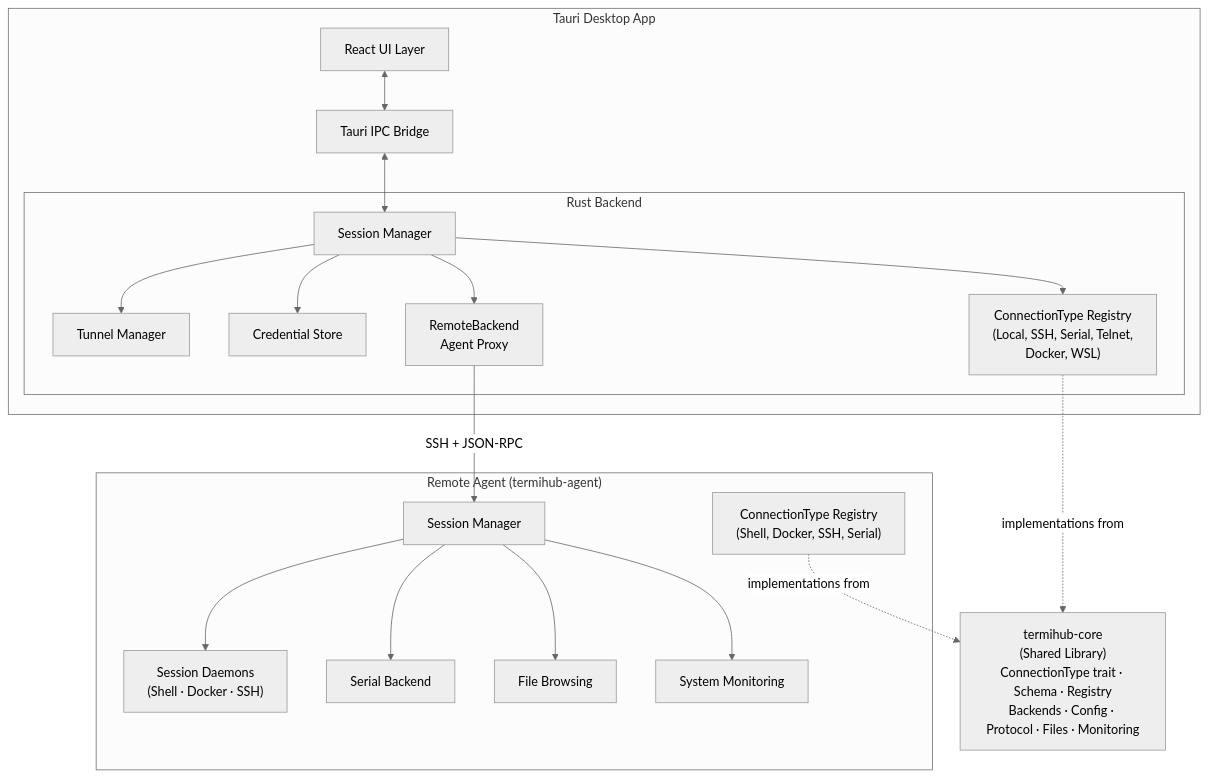
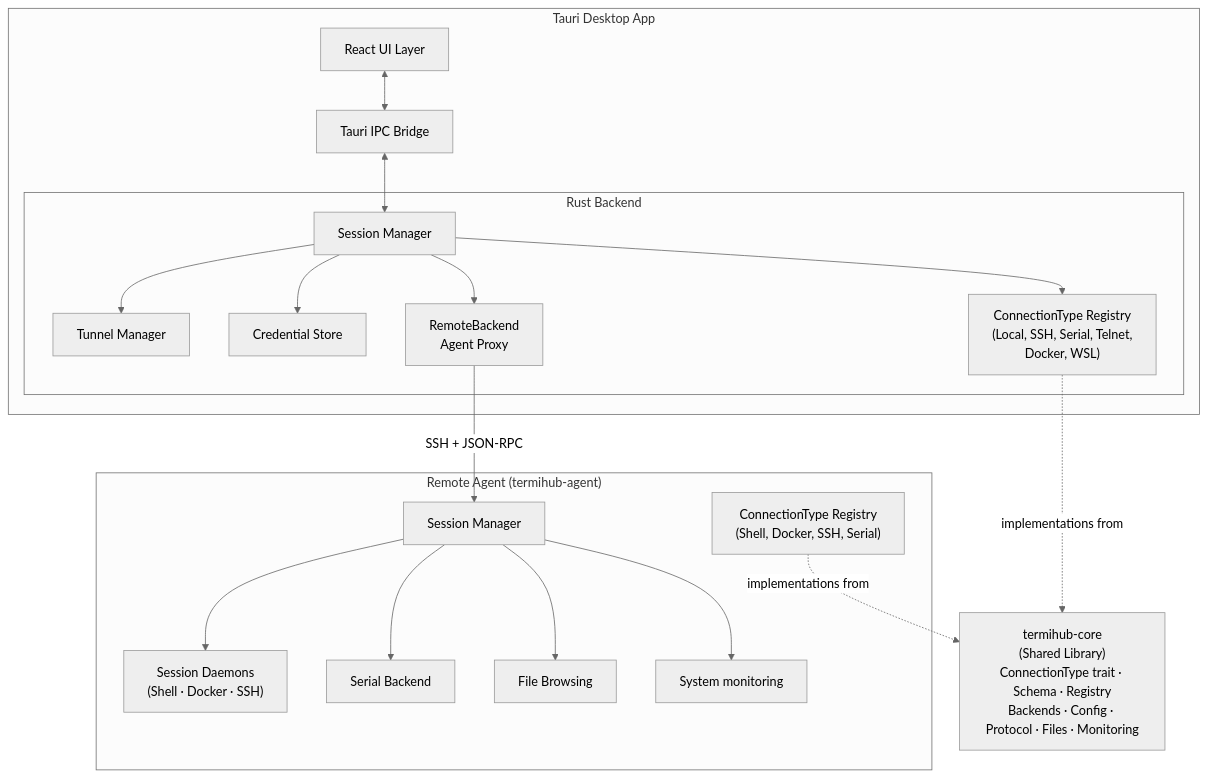
The third of 39 diagrams in docs/architecture.md (armaxri/termiHub), drawn with Mermaid (neutral theme) before and after one commit. The commit also changed other lines of this file and 7 other files, not shown here.

````diff
--- a/docs/architecture.md
+++ b/docs/architecture.md
@@ -209,38 +209,38 @@
 ```mermaid
 graph TB
     subgraph "Tauri Desktop App"
         UI[React UI Layer]
         IPC[Tauri IPC Bridge]
 
         subgraph "Rust Backend"
             SM_D[Session Manager]
             TUNNEL[Tunnel Manager]
             CRED[Credential Store]
             REG_D["ConnectionType Registry<br/>(Local, SSH, Serial, Telnet,<br/>Docker, WSL)"]
             RB[RemoteBackend<br/>Agent Proxy]
         end
     end
 
     CORE["termihub-core<br/>(Shared Library)<br/>ConnectionType trait · Schema · Registry<br/>Backends · Config · Protocol · Files · Monitoring"]
 
     subgraph "Remote Agent (termihub-agent)"
         SM_A[Session Manager]
         REG_A["ConnectionType Registry<br/>(Shell, Docker, SSH, Serial)"]
         SM_A --> DAEMONS["Session Daemons<br/>(Shell · Docker · SSH)"]
         SM_A --> SERIAL_B[Serial Backend]
         SM_A --> FILES[File Browsing]
-        SM_A --> MON[System Monitoring]
+        SM_A --> MON[System monitoring]
     end
 
     UI <--> IPC
     IPC <--> SM_D
     SM_D --> REG_D
     SM_D --> RB
     SM_D --> TUNNEL
     SM_D --> CRED
 
     RB -->|SSH + JSON-RPC| SM_A
 
     REG_D -.->|implementations from| CORE
     REG_A -.->|implementations from| CORE
 ```
````
